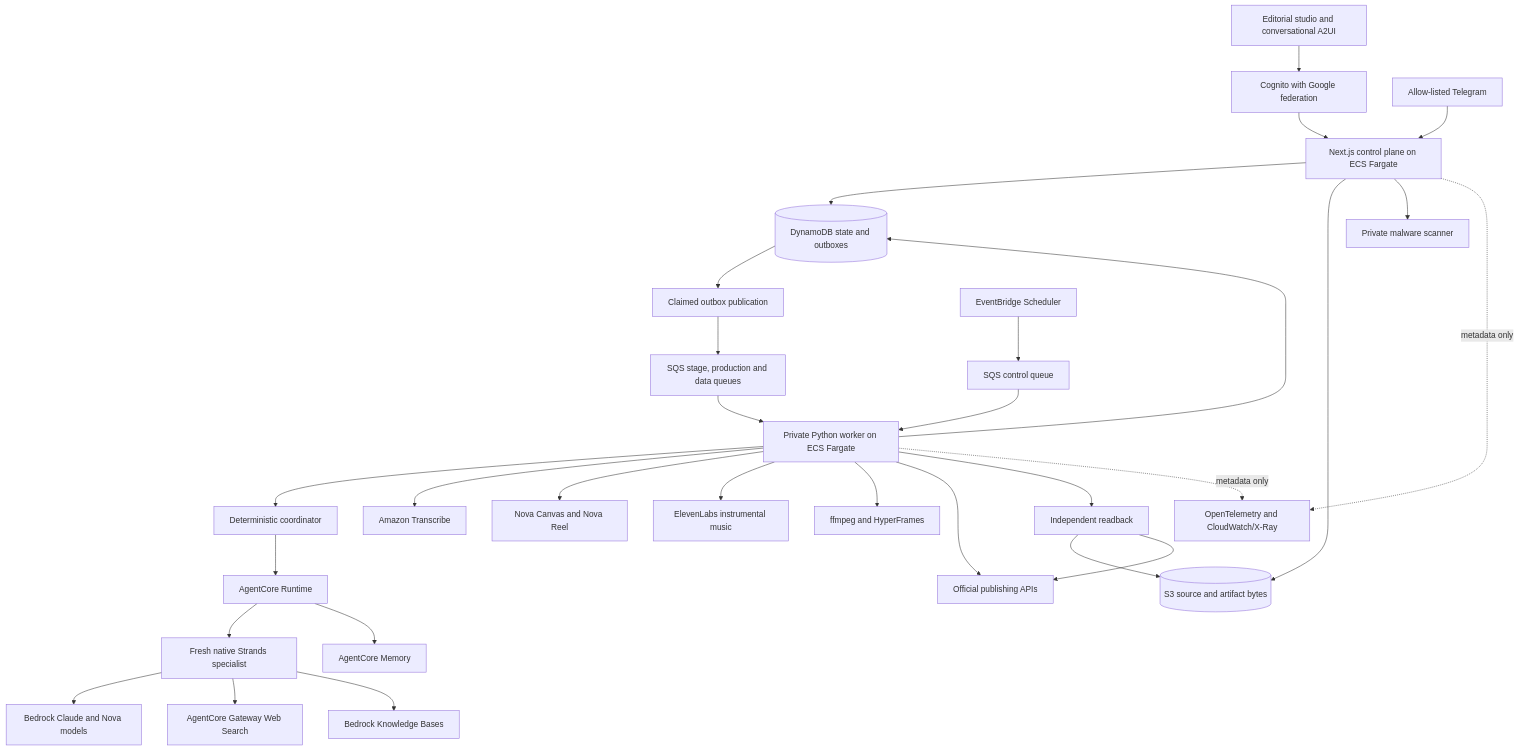
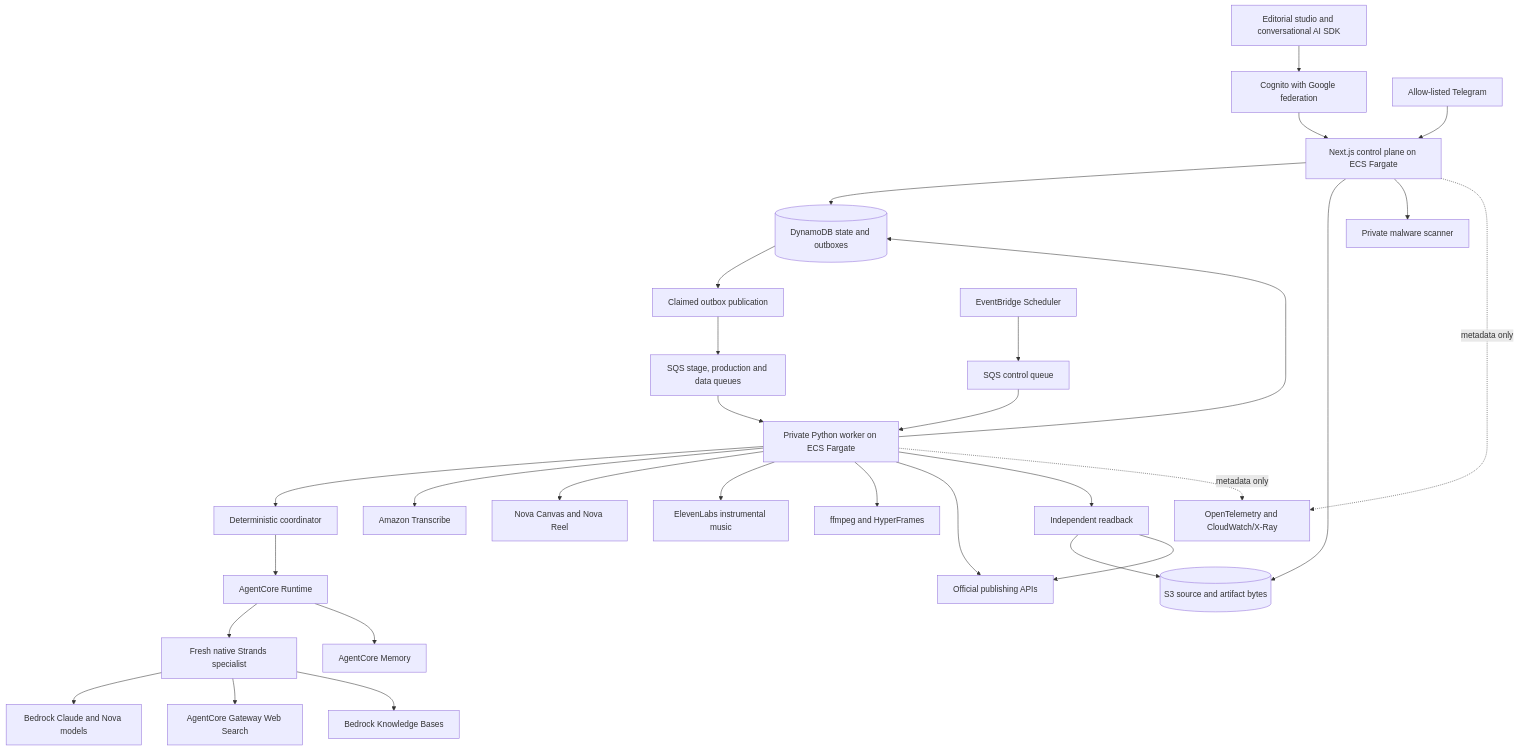
The diagram in docs/architecture/overview.mdx (danielAsaboro/harmonia-agents-for-humans), drawn with Mermaid before and after one commit. The commit also changed other lines of this file and 94 other files, not shown here.

````diff
--- a/docs/architecture/overview.mdx
+++ b/docs/architecture/overview.mdx
@@ -14,32 +14,32 @@
 ```mermaid
 flowchart TB
-  UI[Editorial studio and conversational A2UI] --> AUTH[Cognito with Google federation]
+  UI[Editorial studio and conversational AI SDK] --> AUTH[Cognito with Google federation]
   AUTH --> WEB[Next.js control plane on ECS Fargate]
   TG[Allow-listed Telegram] --> WEB
   WEB --> DB[(DynamoDB state and outboxes)]
   WEB --> S3[(S3 source and artifact bytes)]
   WEB --> SCAN[Private malware scanner]
   DB --> OUT[Claimed outbox publication]
   OUT --> Q[SQS stage, production and data queues]
   CLOCK[EventBridge Scheduler] --> CQ[SQS control queue]
   Q --> WORK[Private Python worker on ECS Fargate]
   CQ --> WORK
   WORK --> HOST[Deterministic coordinator]
   HOST --> AC[AgentCore Runtime]
   AC --> STRANDS[Fresh native Strands specialist]
   STRANDS --> MODELS[Bedrock Claude and Nova models]
   STRANDS --> SEARCH[AgentCore Gateway Web Search]
   STRANDS --> KB[Bedrock Knowledge Bases]
   AC --> MEM[AgentCore Memory]
   WORK --> SPEECH[Amazon Transcribe]
   WORK --> MEDIA[Nova Canvas and Nova Reel]
   WORK --> MUSIC[ElevenLabs instrumental music]
   WORK --> RENDER[ffmpeg and HyperFrames]
   WORK --> PROVIDER[Official publishing APIs]
   WORK --> VERIFY[Independent readback]
   VERIFY --> S3
   VERIFY --> PROVIDER
   WORK --> DB
   WEB -. metadata only .-> TRACE[OpenTelemetry and CloudWatch/X-Ray]
   WORK -. metadata only .-> TRACE
 ```
````
